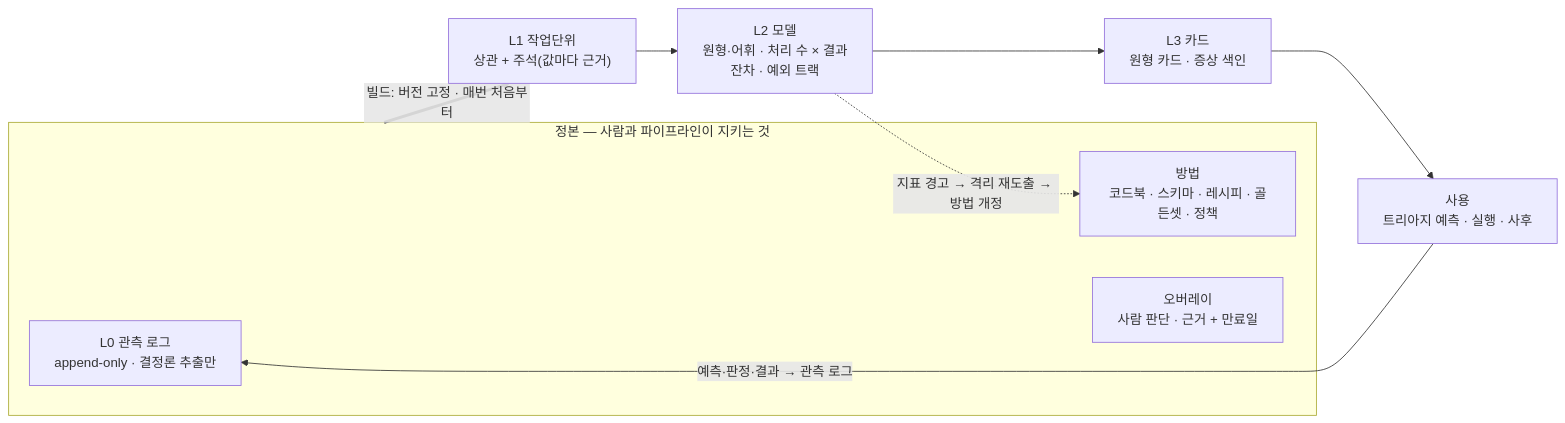
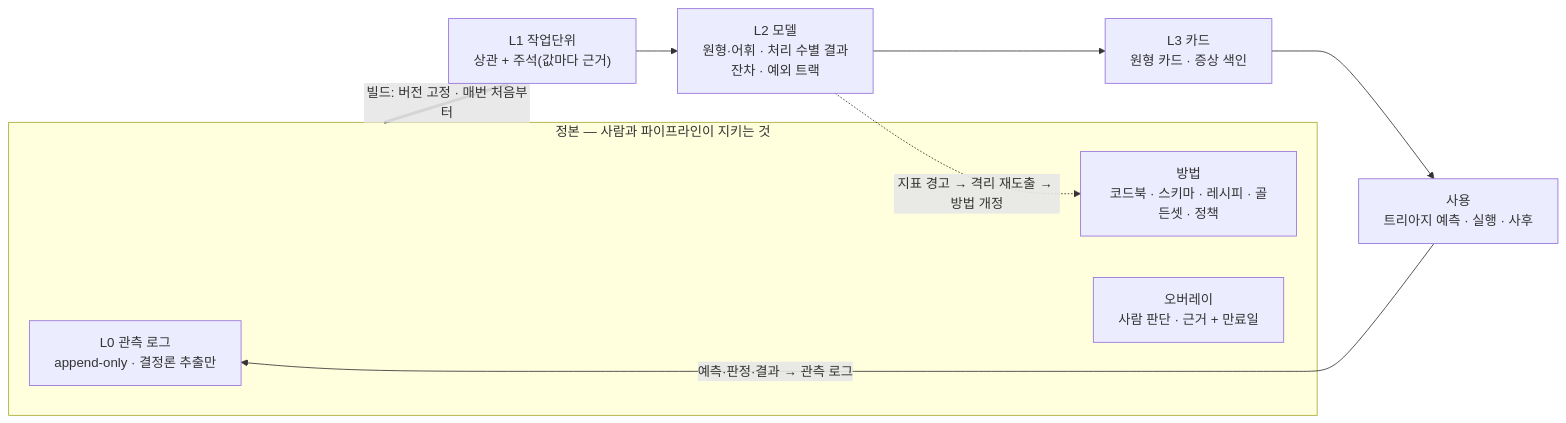
One commit to d-j-lee/work-atlas changed the diagram in METHODOLOGY.md. Above: the diagram before and after it, drawn with Mermaid. The commit also changed other lines of this file and 11 other files, not shown here.

````diff
--- a/METHODOLOGY.md
+++ b/METHODOLOGY.md
@@ -115,14 +117,14 @@
 ```mermaid
 flowchart LR
   subgraph SRC["정본 — 사람과 파이프라인이 지키는 것"]
     L0["L0 관측 로그<br/>append-only · 결정론 추출만"]
     M["방법<br/>코드북 · 스키마 · 레시피 · 골든셋 · 정책"]
     O["오버레이<br/>사람 판단 · 근거 + 만료일"]
   end
   SRC ==>|"빌드: 버전 고정 · 매번 처음부터"| L1["L1 작업단위<br/>상관 + 주석(값마다 근거)"]
-  L1 --> L2["L2 모델<br/>원형·어휘 · 처리 수 × 결과<br/>잔차 · 예외 트랙"]
+  L1 --> L2["L2 모델<br/>원형·어휘 · 처리 수별 결과<br/>잔차 · 예외 트랙"]
   L2 --> L3["L3 카드<br/>원형 카드 · 증상 색인"]
   L3 --> U["사용<br/>트리아지 예측 · 실행 · 사후"]
   U -- "예측·판정·결과 → 관측 로그" --> L0
   L2 -. "지표 경고 → 격리 재도출 → 방법 개정" .-> M
 ```
````
